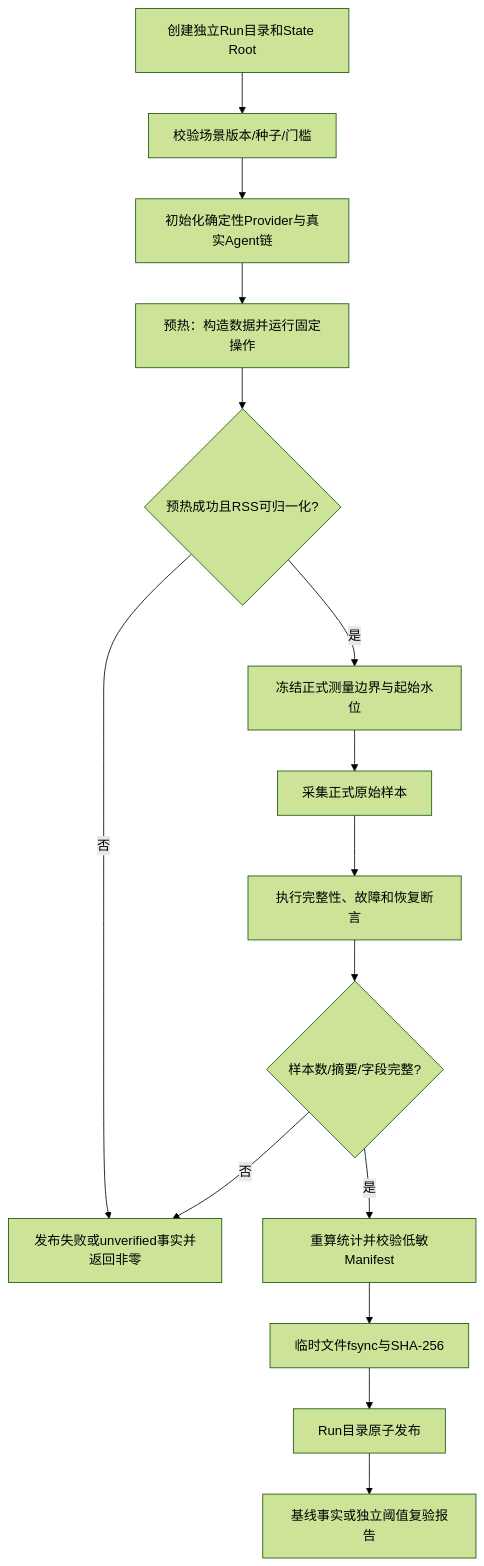
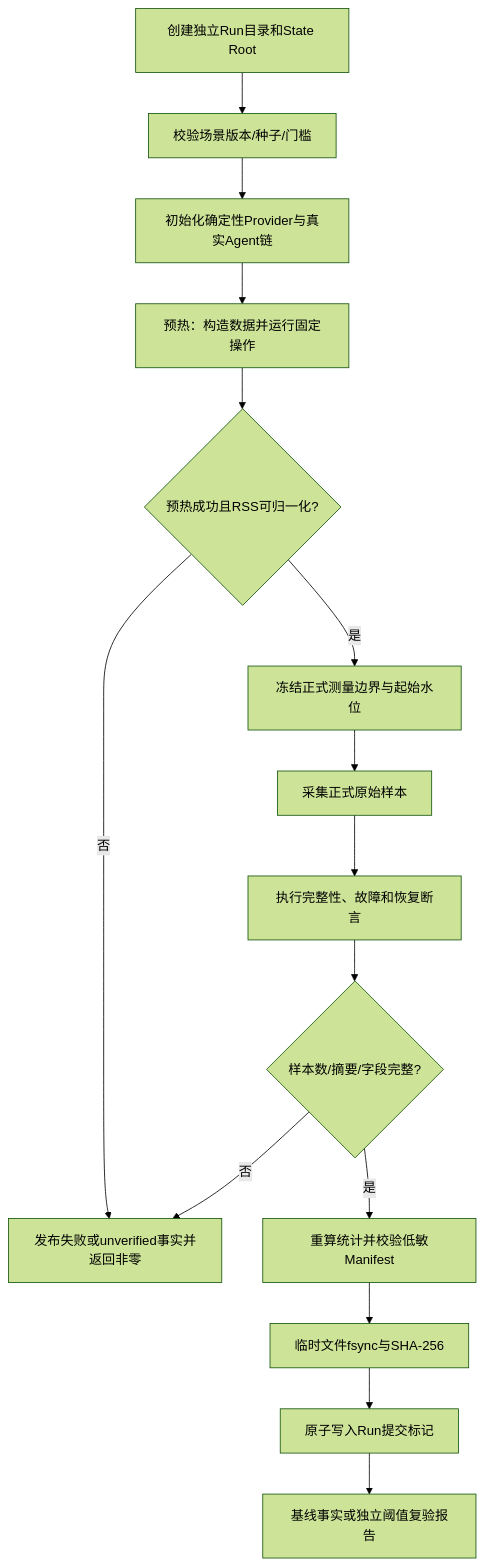
One commit to carrie1988/Harnessix changed the second of 8 diagrams in docs/changes/m09-3d-soak-and-performance-evidence.md. Above: the diagram before and after it, drawn with Mermaid (forest theme). The commit also changed other lines of this file and 2 other files, not shown here.

````diff
--- a/docs/changes/m09-3d-soak-and-performance-evidence.md
+++ b/docs/changes/m09-3d-soak-and-performance-evidence.md
@@ -171,17 +171,17 @@
 ```mermaid
 flowchart TD
     A[创建独立Run目录和State Root] --> B[校验场景版本/种子/门槛]
     B --> C[初始化确定性Provider与真实Agent链]
     C --> D[预热：构造数据并运行固定操作]
     D --> E{预热成功且RSS可归一化?}
     E -- 否 --> F[发布失败或unverified事实并返回非零]
     E -- 是 --> G[冻结正式测量边界与起始水位]
     G --> H[采集正式原始样本]
     H --> I[执行完整性、故障和恢复断言]
     I --> J{样本数/摘要/字段完整?}
     J -- 否 --> F
     J -- 是 --> K[重算统计并校验低敏Manifest]
     K --> L[临时文件fsync与SHA-256]
-    L --> M[Run目录原子发布]
+    L --> M[原子写入Run提交标记]
     M --> N[基线事实或独立阈值复验报告]
 ```
````
